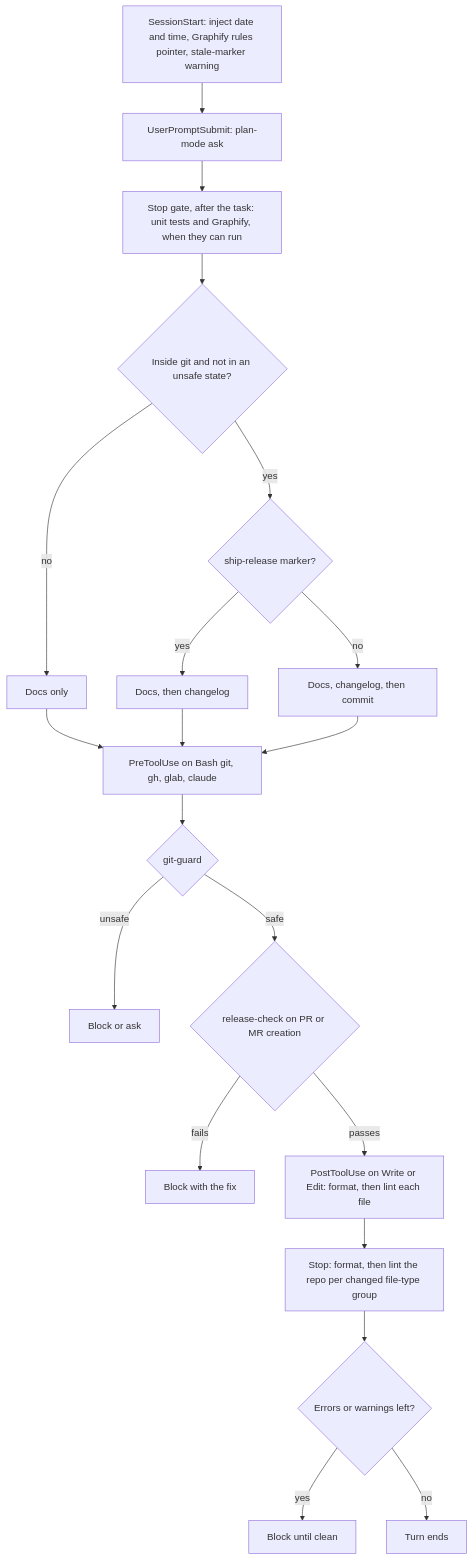
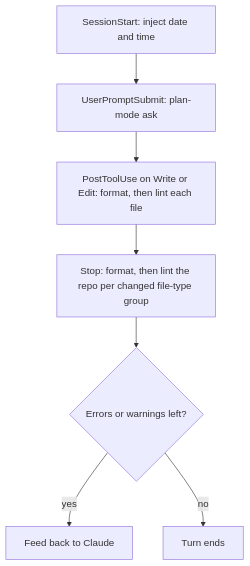
Before and after one commit to patrickquijano/claude-dev-kit: the diagram in README.md, drawn with Mermaid. The commit also changed other lines of this file and 280 other files, not shown here.

````diff
--- a/README.md
+++ b/README.md
@@ -147,22 +130,9 @@
 ```mermaid
 flowchart TD
-    A["SessionStart: inject date and time, Graphify rules pointer, stale-marker warning"] --> B["UserPromptSubmit: plan-mode ask"]
-    B --> E["Stop gate, after the task: unit tests and Graphify, when they can run"]
-    E --> P{"Inside git and not in an unsafe state?"}
-    P -- no --> Q["Docs only"]
-    P -- yes --> S{"ship-release marker?"}
-    S -- yes --> T["Docs, then changelog"]
-    S -- no --> R["Docs, changelog, then commit"]
-    Q --> F["PreToolUse on Bash git, gh, glab, claude"]
-    T --> F
-    R --> F
-    F --> G{"git-guard"}
-    G -- unsafe --> H["Block or ask"]
-    G -- safe --> I{"release-check on PR or MR creation"}
-    I -- fails --> J["Block with the fix"]
-    I -- passes --> K["PostToolUse on Write or Edit: format, then lint each file"]
+    A["SessionStart: inject date and time"] --> B["UserPromptSubmit: plan-mode ask"]
+    B --> K["PostToolUse on Write or Edit: format, then lint each file"]
     K --> L["Stop: format, then lint the repo per changed file-type group"]
     L --> M{"Errors or warnings left?"}
-    M -- yes --> N["Block until clean"]
+    M -- yes --> N["Feed back to Claude"]
     M -- no --> O["Turn ends"]
 ```
````
